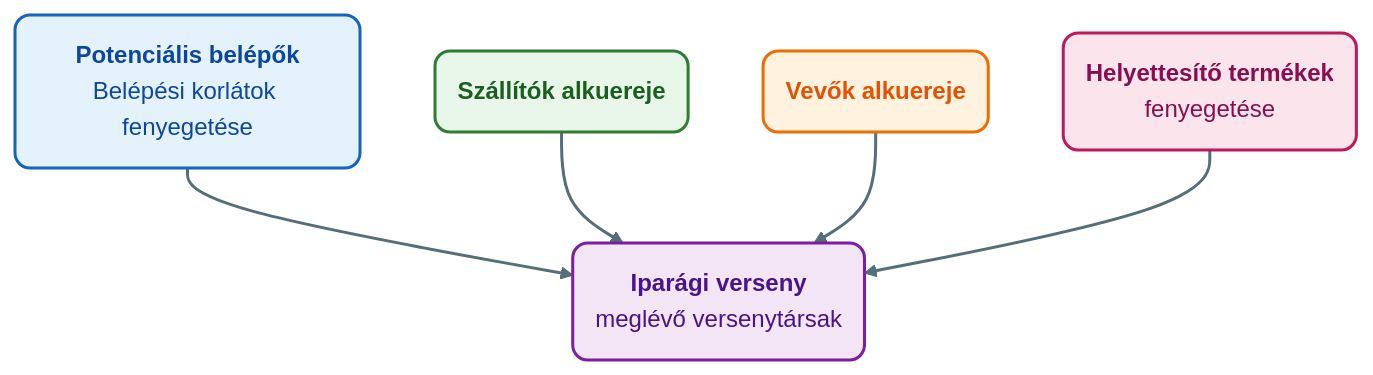
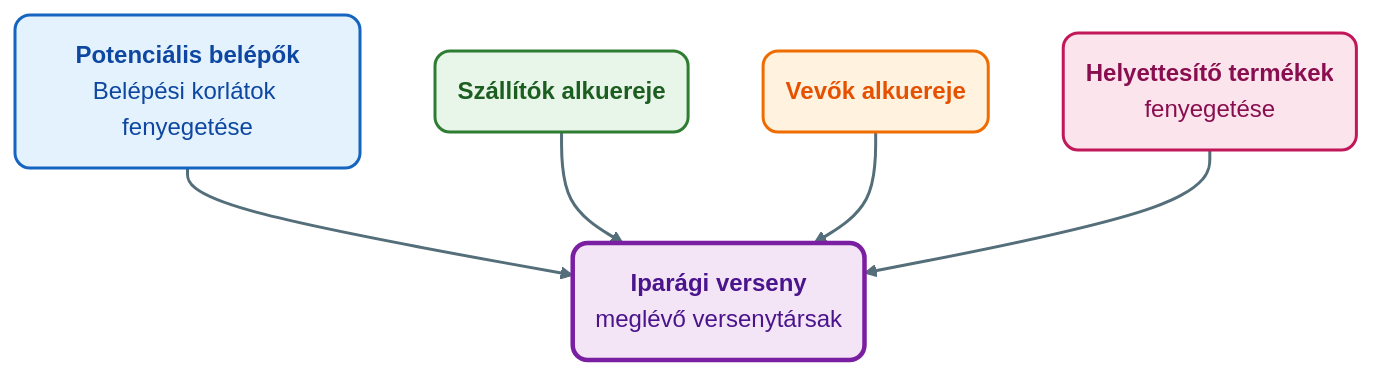
The first of 2 diagrams in Tételek/K03-GMXMD1MBLF-Tervezés.tétel.md (denespocsik/MM_BSC_Zarovizsga), drawn with Mermaid before and after one commit. The commit also changed other lines of this file and 34 other files, not shown here.

First line of the commit message:
style(tételek): egységes vizuális arculat a Mermaid-diagramokhoz

````diff
--- a/Tételek/K03-GMXMD1MBLF-Tervezés.tétel.md
+++ b/Tételek/K03-GMXMD1MBLF-Tervezés.tétel.md
@@ -61,37 +61,21 @@
 ```mermaid
 graph TD
-    %% Csomópontok definiálása formázott szöveggel
-    B("<b>Potenciális belépők</b><br/>Belépési korlátok fenyegetése")
-    Sz("<b>Szállítók alkuereje</b>")
-    Ve("<b>Vevők alkuereje</b>")
-    H("<b>Helyettesítő termékek</b><br/>fenyegetése")
-    I("<b>Iparági verseny</b><br/>meglévő versenytársak")
+    B("<b>Potenciális belépők</b><br/>Belépési korlátok fenyegetése"):::kek
+    Sz("<b>Szállítók alkuereje</b>"):::zold
+    Ve("<b>Vevők alkuereje</b>"):::narancs
+    H("<b>Helyettesítő termékek</b><br/>fenyegetése"):::rozsa
+    I("<b>Iparági verseny</b><br/>meglévő versenytársak"):::lilaH
 
-    %% Kapcsolatok
     B --> I
     Sz --> I
     Ve --> I
     H --> I
 
-    %% Stílusok definiálása (classDef)
-    %% Központi elem (Iparági verseny) - Lila
-    classDef centerNode fill:#f3e5f5,stroke:#7b1fa2,stroke-width:2px,color:#4a148c,rx:10,ry:10;
-    %% Új belépők - Kék
-    classDef topNode fill:#e3f2fd,stroke:#1565c0,stroke-width:2px,color:#0d47a1,rx:10,ry:10;
-    %% Szállítók - Zöld
-    classDef supplierNode fill:#e8f5e9,stroke:#2e7d32,stroke-width:2px,color:#1b5e20,rx:10,ry:10;
-    %% Vevők - Narancs
-    classDef buyerNode fill:#fff3e0,stroke:#ef6c00,stroke-width:2px,color:#e65100,rx:10,ry:10;
-    %% Helyettesítők - Rózsaszín/Piros
-    classDef subNode fill:#fce4ec,stroke:#c2185b,stroke-width:2px,color:#880e4f,rx:10,ry:10;
+    classDef kek     fill:#e3f2fd,stroke:#1565c0,stroke-width:2px,color:#0d47a1,rx:10,ry:10;
+    classDef zold    fill:#e8f5e9,stroke:#2e7d32,stroke-width:2px,color:#1b5e20,rx:10,ry:10;
+    classDef narancs fill:#fff3e0,stroke:#ef6c00,stroke-width:2px,color:#e65100,rx:10,ry:10;
+    classDef rozsa   fill:#fce4ec,stroke:#c2185b,stroke-width:2px,color:#880e4f,rx:10,ry:10;
+    classDef lilaH   fill:#f3e5f5,stroke:#7b1fa2,stroke-width:3px,color:#4a148c,rx:10,ry:10;
 
-    %% Stílusok hozzárendelése
-    class I centerNode;
-    class B topNode;
-    class Sz supplierNode;
-    class Ve buyerNode;
-    class H subNode;
-
-    %% Nyilak formázása (Vastagabb, szürkéskék)
-    linkStyle 0,1,2,3 stroke:#546e7a,stroke-width:2px;
+    linkStyle default stroke:#546e7a,stroke-width:2px;
 ```
````
